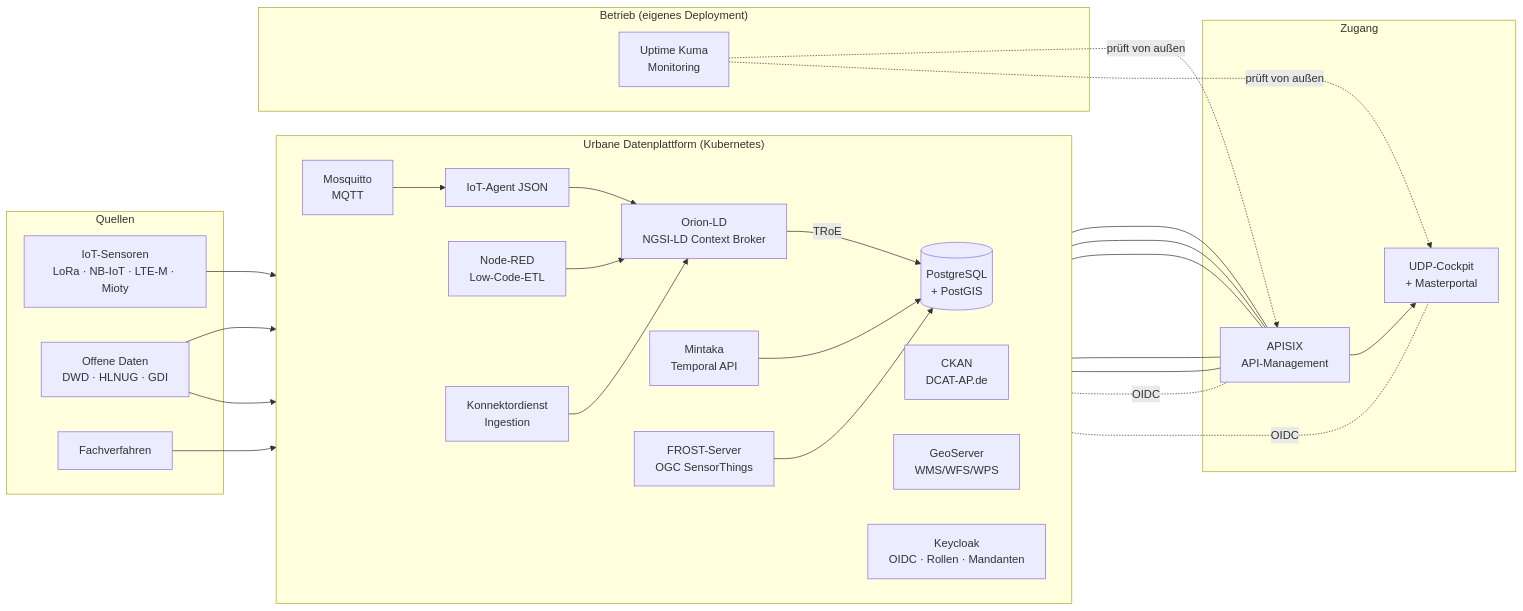
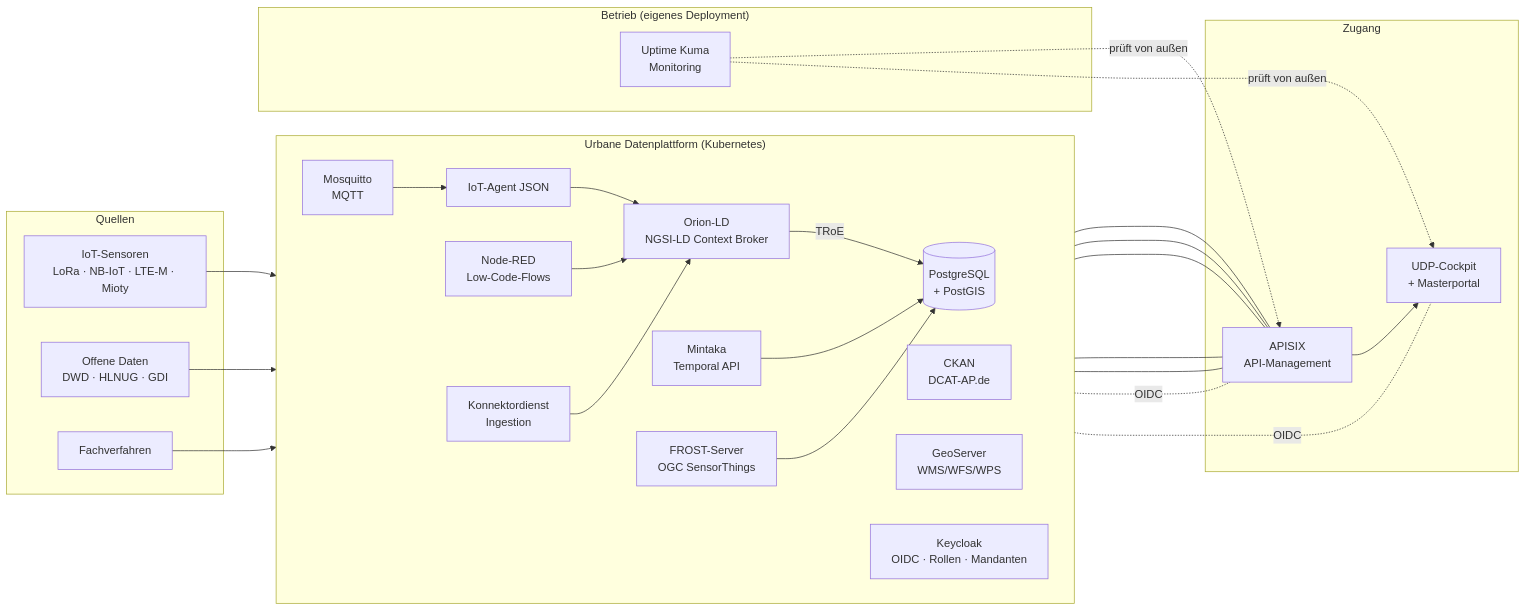
Before and after one commit to idk-ev/udp_public: the diagram in README.md, drawn with Mermaid. The commit also changed other lines of this file and 12 other files, not shown here.

````diff
--- a/README.md
+++ b/README.md
@@ -105,48 +105,47 @@
 ```mermaid
 flowchart LR
   subgraph Quellen
     S1[IoT-Sensoren<br/>LoRa · NB-IoT · LTE-M · Mioty]
     S2[Offene Daten<br/>DWD · HLNUG · GDI]
     S3[Fachverfahren]
   end
 
   subgraph UDP["Urbane Datenplattform (Kubernetes)"]
     direction LR
     MQ[Mosquitto<br/>MQTT] --> IA[IoT-Agent JSON]
-    NR[Node-RED<br/>Low-Code-ETL]
+    NR[Node-RED<br/>Low-Code-Flows]
     KD[Konnektordienst<br/>Ingestion]
     IA --> CB[Orion-LD<br/>NGSI-LD Context Broker]
     NR --> CB
     KD --> CB
     CB -->|TRoE| TS[(PostgreSQL<br/>+ PostGIS)]
     MI[Mintaka<br/>Temporal API] --> TS
     FR[FROST-Server<br/>OGC SensorThings] --> TS
     CK[CKAN<br/>DCAT-AP.de]
     GS[GeoServer<br/>WMS/WFS/WPS]
     KC[Keycloak<br/>OIDC · Rollen · Mandanten]
   end
 
   subgraph Zugang
     GW[APISIX<br/>API-Management]
     GUI[UDP-Cockpit<br/>+ Masterportal]
   end
 
   subgraph Betrieb["Betrieb (eigenes Deployment)"]
     UK[Uptime Kuma<br/>Monitoring]
   end
 
   S1 --> MQ
-  S2 --> NR
   S2 --> KD
   S3 --> NR
   CB --- GW
   MI --- GW
   FR --- GW
   CK --- GW
   GS --- GW
   GW --> GUI
   KC -. OIDC .- GW
   KC -. OIDC .- GUI
   UK -. prüft von außen .-> GW
   UK -. prüft von außen .-> GUI
 ```
````
